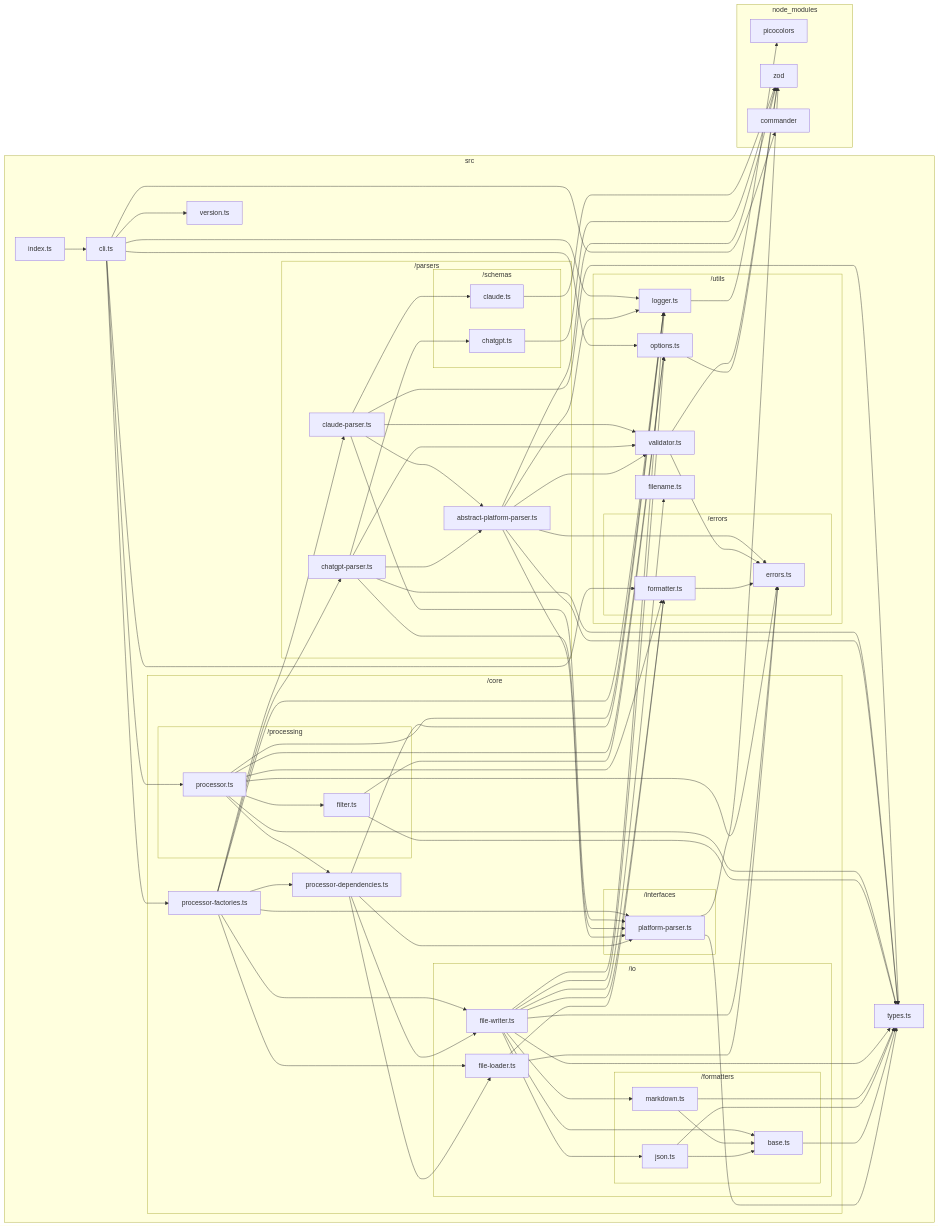
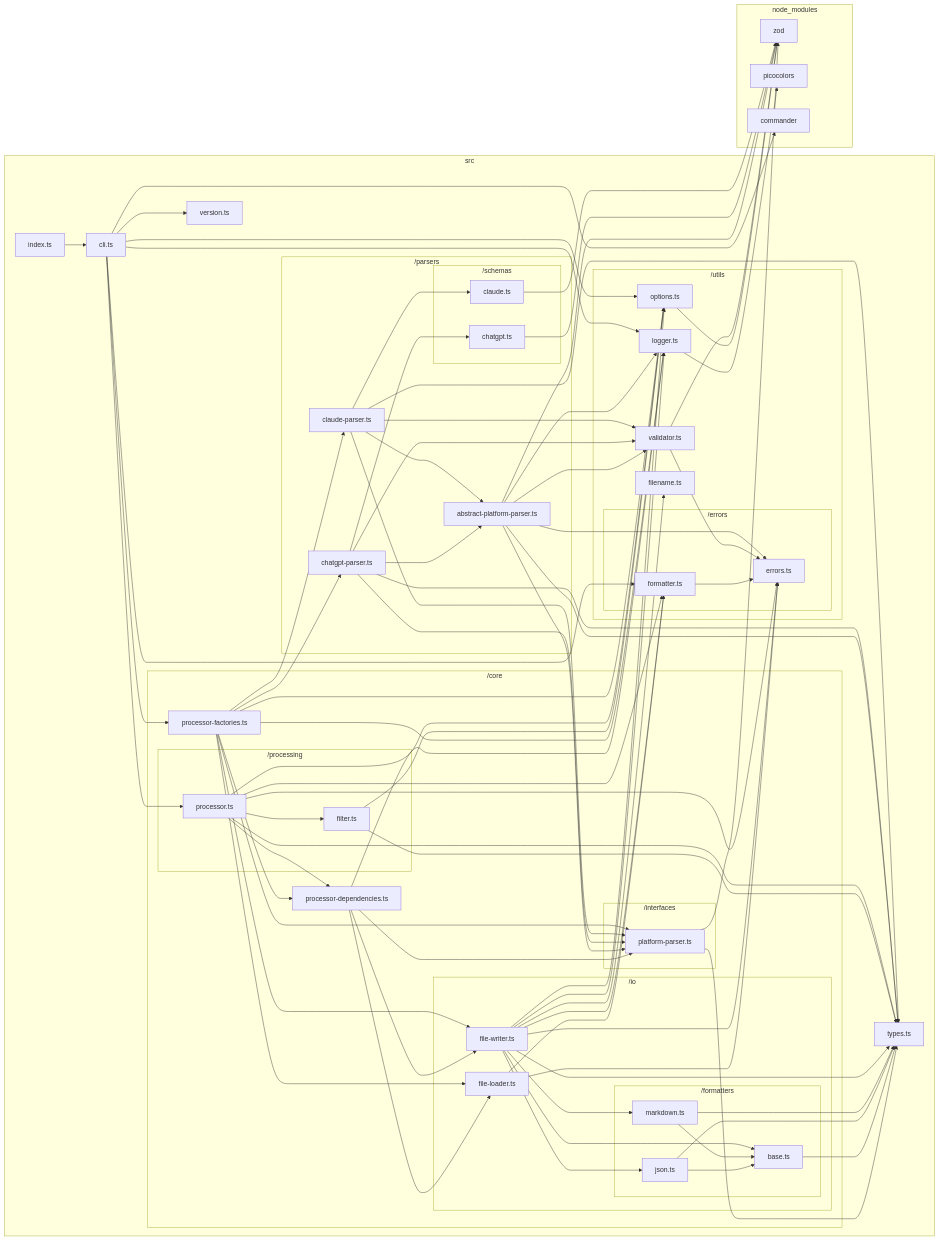
The diagram in docs/dependency-graphs/typescript-graph.md (sugurutakahashi-1234/ai-chat-md-export), drawn with Mermaid before and after one commit. The commit also changed 9 other files, not shown here.

First line of the commit message:
refactor: update processor and file writer to use injected logger and parser

```diff
--- a/docs/dependency-graphs/typescript-graph.md
+++ b/docs/dependency-graphs/typescript-graph.md
@@ -12,8 +12,8 @@
         src/cli.ts["cli.ts"]
         src/index.ts["index.ts"]
         subgraph src/utils["/utils"]
+            src/utils/options.ts["options.ts"]
             src/utils/logger.ts["logger.ts"]
-            src/utils/options.ts["options.ts"]
             src/utils/filename.ts["filename.ts"]
             src/utils/validator.ts["validator.ts"]
             subgraph src/utils/errors["/errors"]
@@ -52,13 +52,13 @@
         end
     end
     subgraph node//modules["node_modules"]
+        node//modules/zod/index.d.cts["zod"]
         node//modules/picocolors/picocolors.d.ts["picocolors"]
-        node//modules/zod/index.d.cts["zod"]
         node//modules/commander/typings/index.d.ts["commander"]
     end
     src/utils/errors/formatter.ts-->src/utils/errors/errors.ts
+    src/utils/options.ts-->node//modules/zod/index.d.cts
     src/utils/logger.ts-->node//modules/picocolors/picocolors.d.ts
-    src/utils/options.ts-->node//modules/zod/index.d.cts
     src/core/interfaces/platform//parser.ts-->node//modules/zod/index.d.cts
     src/core/interfaces/platform//parser.ts-->src/types.ts
     src/core/io/file//loader.ts-->src/utils/errors/errors.ts
@@ -86,7 +86,6 @@
     src/core/processing/processor.ts-->src/types.ts
     src/core/processing/processor.ts-->src/utils/errors/errors.ts
     src/core/processing/processor.ts-->src/utils/errors/formatter.ts
-    src/core/processing/processor.ts-->src/utils/logger.ts
     src/core/processing/processor.ts-->src/utils/options.ts
     src/core/processing/processor.ts-->src/core/processor//depend_encies.ts
     src/core/processing/processor.ts-->src/core/processing/filter.ts
@@ -113,6 +112,7 @@
     src/core/processor//factories.ts-->src/parsers/chatgpt//parser.ts
     src/core/processor//factories.ts-->src/parsers/claude//parser.ts
     src/core/processor//factories.ts-->src/utils/logger.ts
+    src/core/processor//factories.ts-->src/utils/options.ts
     src/core/processor//factories.ts-->src/core/interfaces/platform//parser.ts
     src/core/processor//factories.ts-->src/core/io/file//loader.ts
     src/core/processor//factories.ts-->src/core/io/file//writer.ts
```
